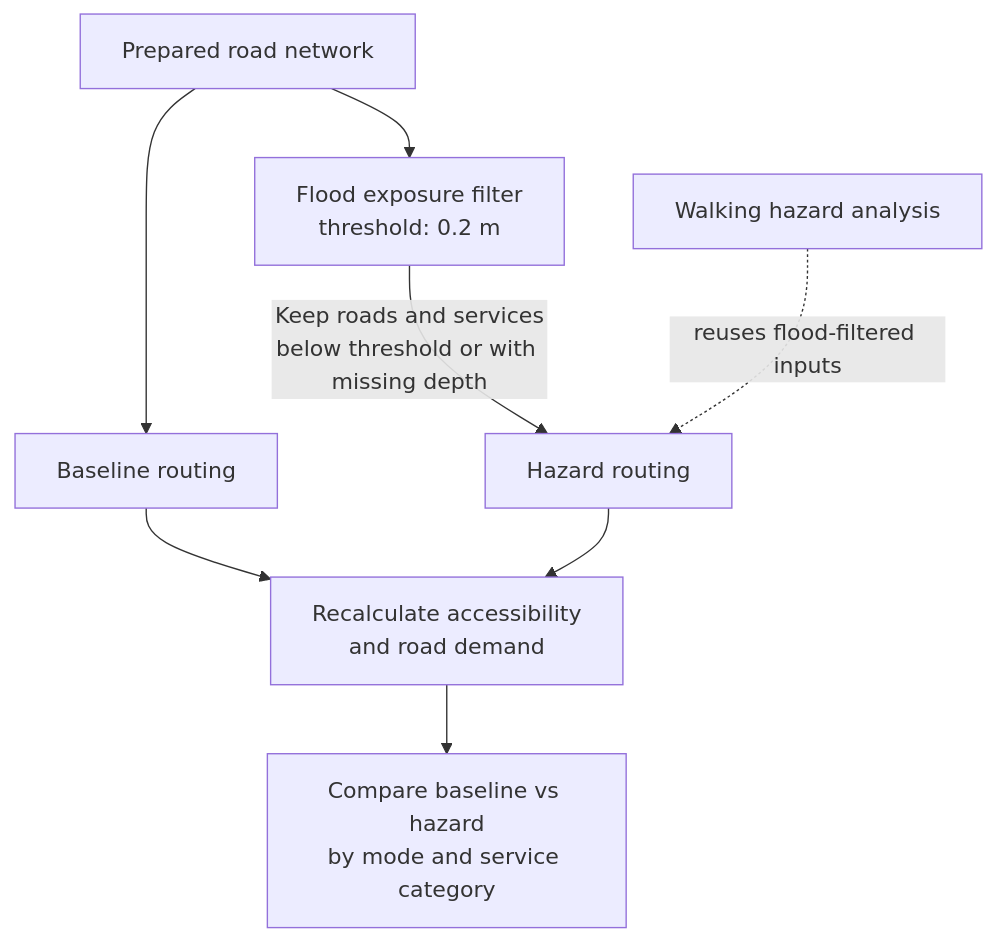
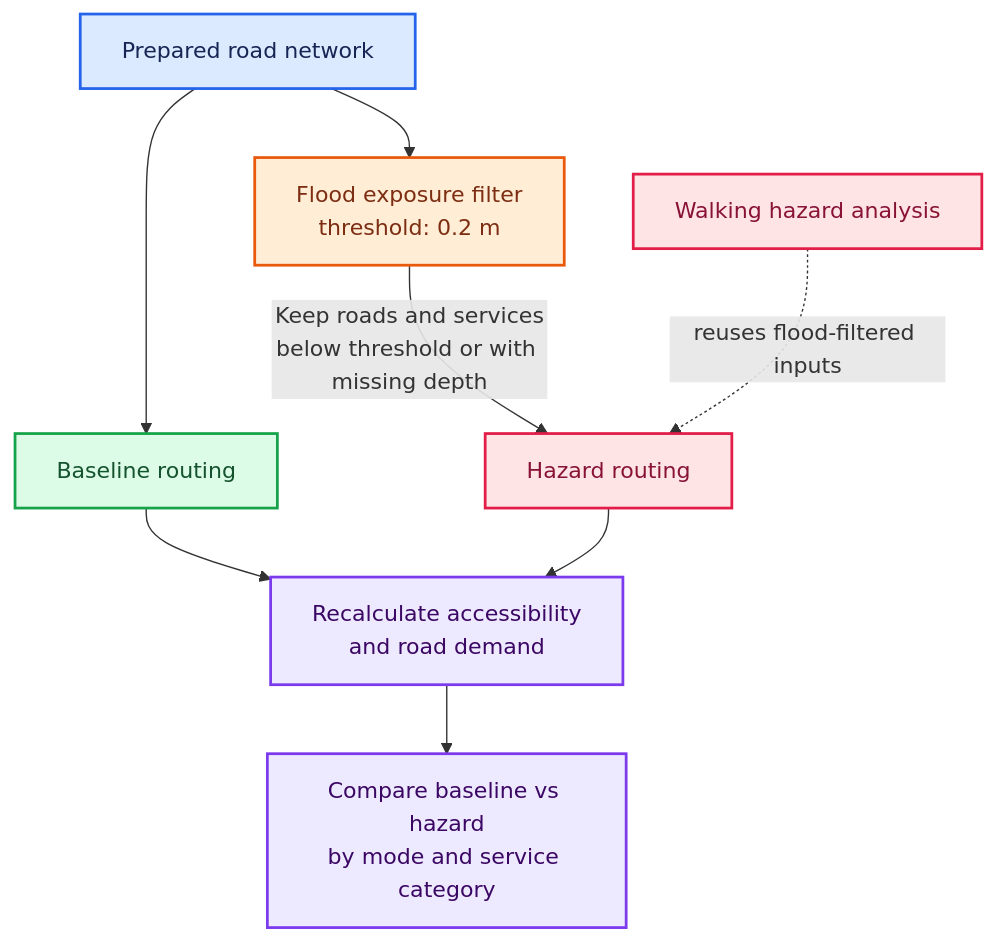
Before and after one commit to Deltares-research/Urban-Service-Disruption: the second of 2 diagrams in README.md, drawn with Mermaid. The commit also changed other lines of this file, not shown here.

````diff
--- a/README.md
+++ b/README.md
@@ -45,10 +58,21 @@
 ```mermaid
 flowchart TB
     N["Prepared road network"] --> B["Baseline routing"]
     N --> F["Flood exposure filter<br/>threshold: 0.2 m"]
     F -->|"Keep roads and services<br/>below threshold or with missing depth"| H["Hazard routing"]
     B --> C["Recalculate accessibility<br/>and road demand"]
     H --> C
     C --> O["Compare baseline vs hazard<br/>by mode and service category"]
     W["Walking hazard analysis"] -. "reuses flood-filtered inputs" .-> H
+
+    classDef network fill:#dbeafe,stroke:#2563eb,color:#172554,stroke-width:2px
+    classDef baseline fill:#dcfce7,stroke:#16a34a,color:#14532d,stroke-width:2px
+    classDef filter fill:#ffedd5,stroke:#ea580c,color:#7c2d12,stroke-width:2px
+    classDef hazard fill:#ffe4e6,stroke:#e11d48,color:#881337,stroke-width:2px
+    classDef result fill:#ede9fe,stroke:#7c3aed,color:#3b0764,stroke-width:2px
+    class N network
+    class B baseline
+    class F filter
+    class H,W hazard
+    class C,O result
 ```
````
